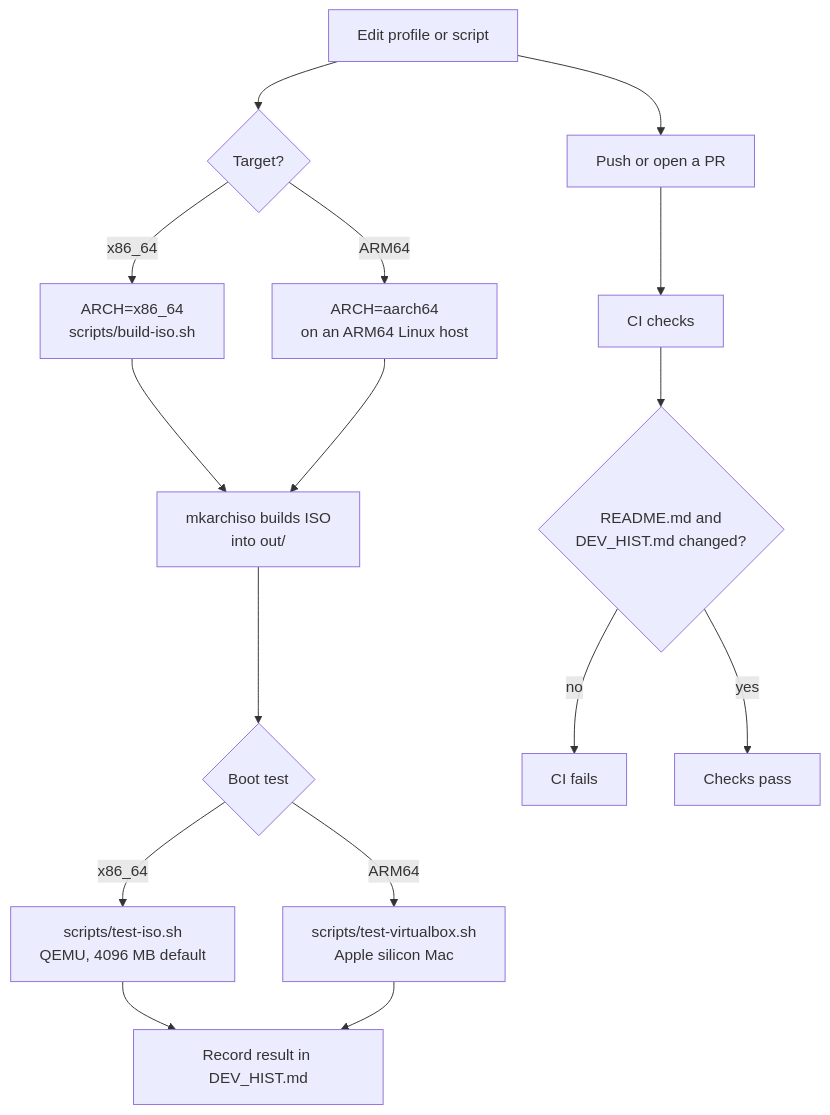
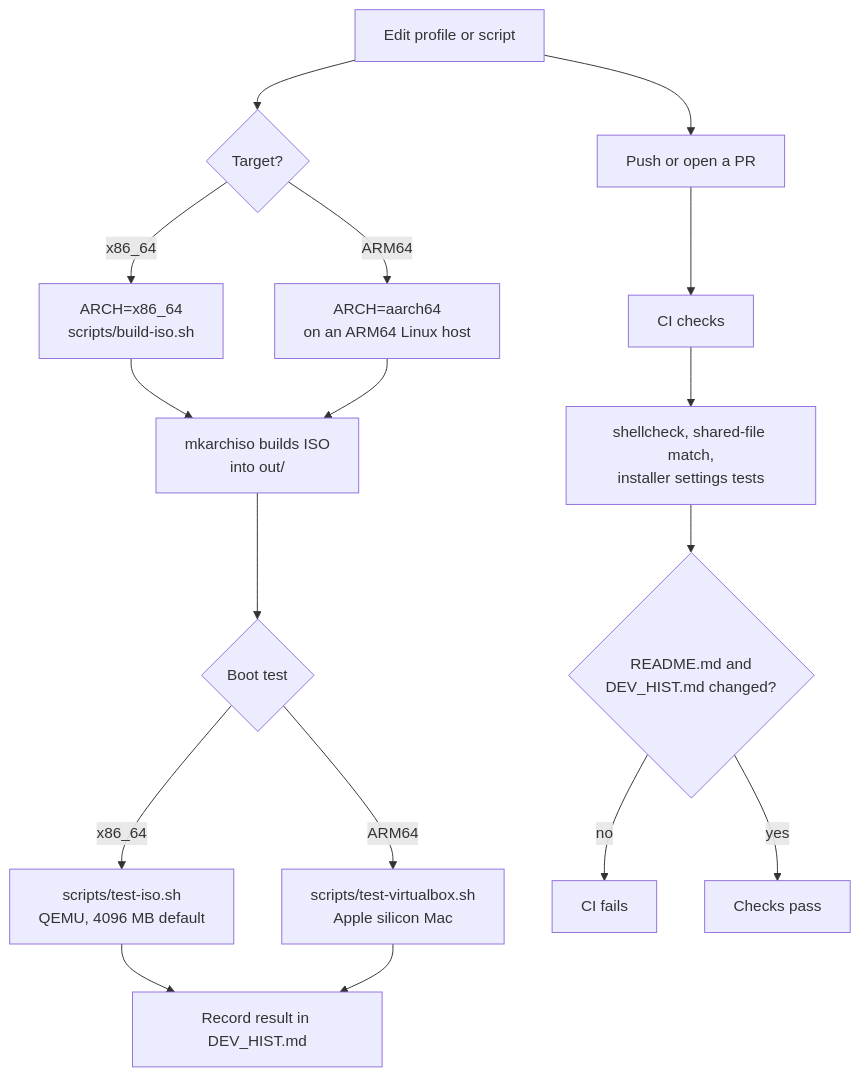
Before and after one commit to lukecarnold-jpg/lukearch: the second of 3 diagrams in STRUCTURE.md, drawn with Mermaid. The commit also changed other lines of this file and 26 other files, not shown here.

````diff
--- a/STRUCTURE.md
+++ b/STRUCTURE.md
@@ -182,18 +183,19 @@
 ```mermaid
 flowchart TD
     A["Edit profile or script"] --> B{"Target?"}
     B -- "x86_64" --> C["ARCH=x86_64<br/>scripts/build-iso.sh"]
     B -- "ARM64" --> D["ARCH=aarch64<br/>on an ARM64 Linux host"]
     C --> E["mkarchiso builds ISO<br/>into out/"]
     D --> E
     E --> F{"Boot test"}
     F -- "x86_64" --> G["scripts/test-iso.sh<br/>QEMU, 4096 MB default"]
     F -- "ARM64" --> H["scripts/test-virtualbox.sh<br/>Apple silicon Mac"]
     G --> I["Record result in DEV_HIST.md"]
     H --> I
     A --> J["Push or open a PR"]
     J --> K["CI checks"]
-    K --> L{"README.md and<br/>DEV_HIST.md changed?"}
+    K --> K2["shellcheck, shared-file match,<br/>installer settings tests"]
+    K2 --> L{"README.md and<br/>DEV_HIST.md changed?"}
     L -- "no" --> M["CI fails"]
     L -- "yes" --> N["Checks pass"]
 ```
````
